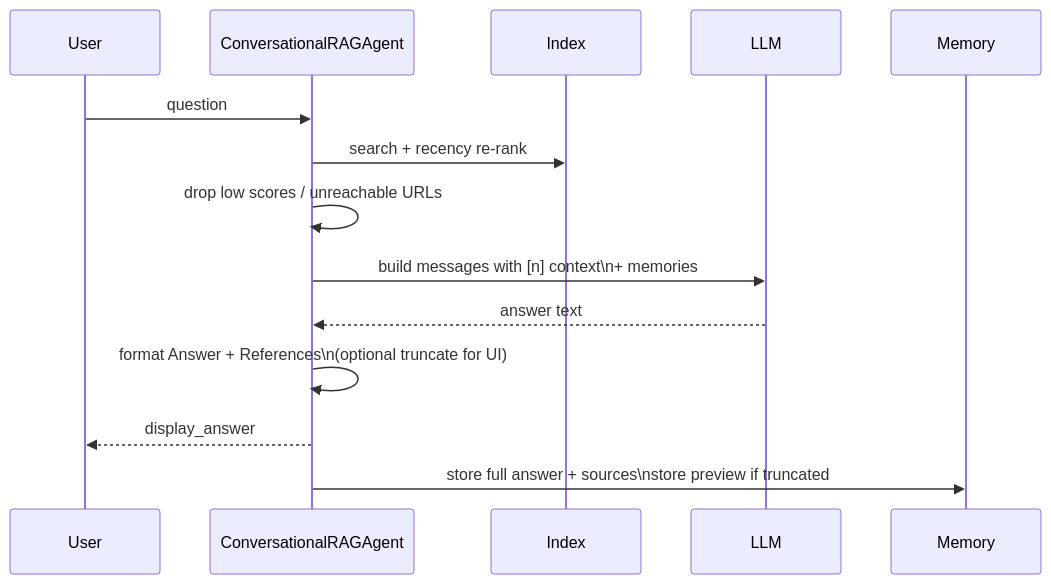
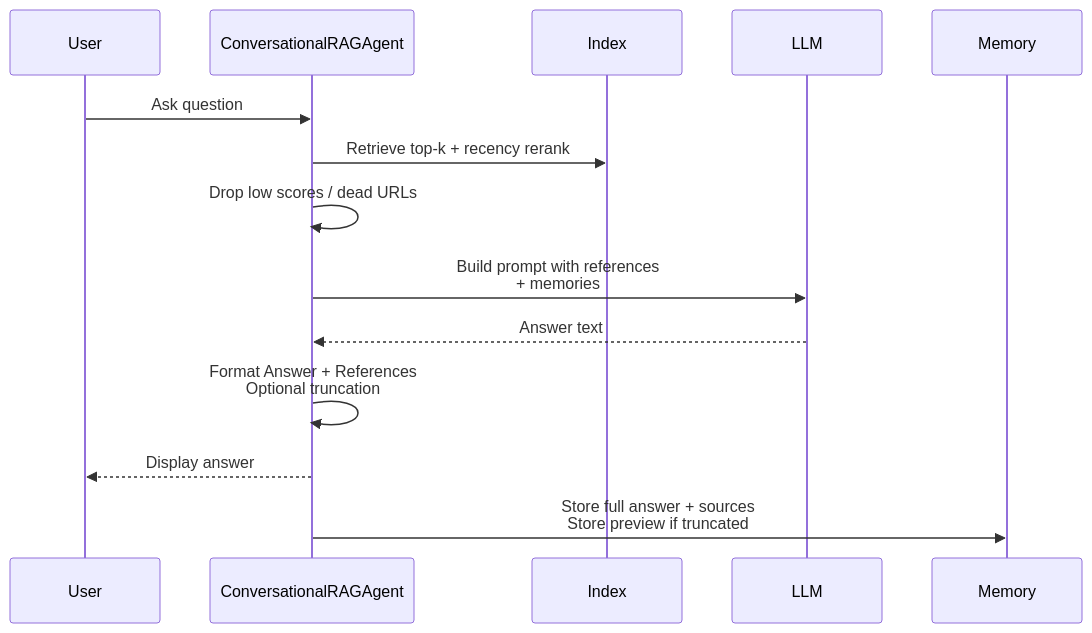
Before and after one commit to Torekas/web_crawler: the second of 2 diagrams in docs/architecture.md, drawn with Mermaid. The commit also changed other lines of this file and 5 other files, not shown here.

````diff
--- a/docs/architecture.md
+++ b/docs/architecture.md
@@ -29,15 +49,16 @@
 ```mermaid
 sequenceDiagram
     participant User
     participant Agent as ConversationalRAGAgent
     participant Index
     participant LLM
-    User->>Agent: question
-    Agent->>Index: search + recency re-rank
-    Agent->>Agent: drop low scores / unreachable URLs
-    Agent->>LLM: build messages with [n] context\n+ memories
-    LLM-->>Agent: answer text
-    Agent->>Agent: format Answer + References\n(optional truncate for UI)
-    Agent-->>User: display_answer
-    Agent->>Memory: store full answer + sources\nstore preview if truncated
+    participant Memory
+    User->>Agent: Ask question
+    Agent->>Index: Retrieve top-k + recency rerank
+    Agent->>Agent: Drop low scores / dead URLs
+    Agent->>LLM: Build prompt with references<br/>+ memories
+    LLM-->>Agent: Answer text
+    Agent->>Agent: Format Answer + References<br/>Optional truncation
+    Agent-->>User: Display answer
+    Agent->>Memory: Store full answer + sources<br/>Store preview if truncated
 ```
````
